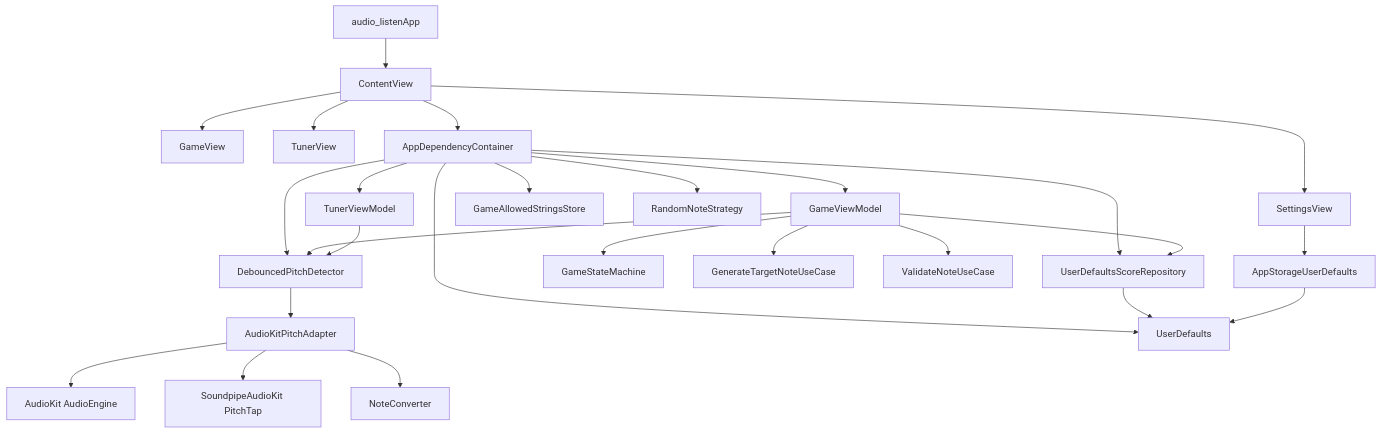
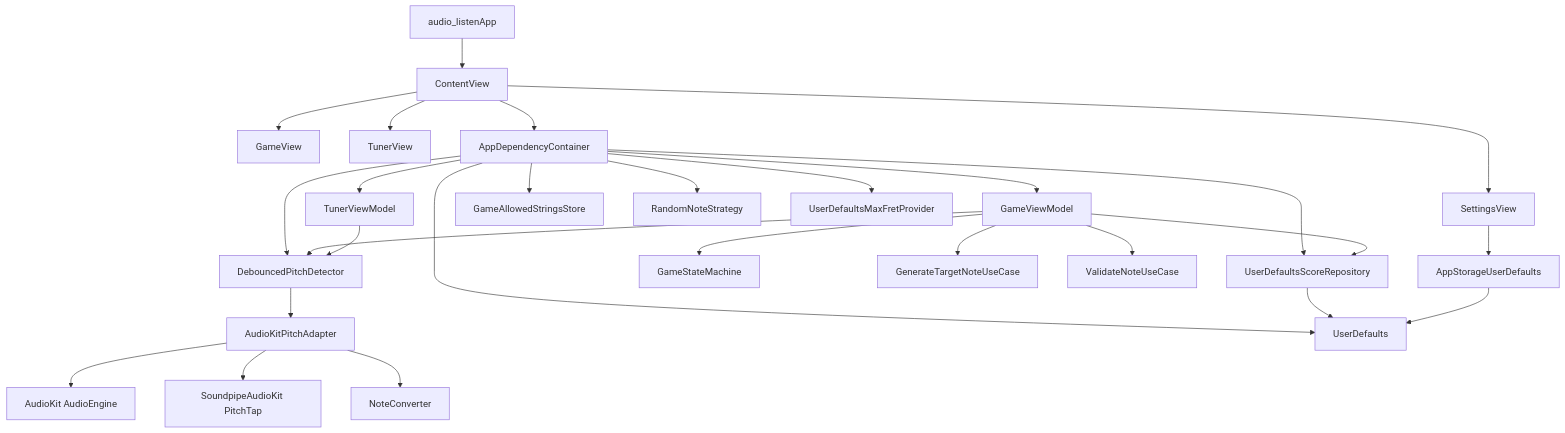
One commit to Yann-b-b/FretBoardCrazies changed the diagram in README.md. Above: the diagram before and after it, drawn with Mermaid. The commit also changed other lines of this file and 10 other files, not shown here.

````diff
--- a/README.md
+++ b/README.md
@@ -58,33 +58,34 @@
 ```mermaid
 flowchart TD
     app[audio_listenApp] --> root[ContentView]
     root --> gameView[GameView]
     root --> tunerView[TunerView]
     root --> settingsView[SettingsView]
     root --> di[AppDependencyContainer]
 
     di --> gameVm[GameViewModel]
     di --> tunerVm[TunerViewModel]
     di --> scoreRepo[UserDefaultsScoreRepository]
     di --> allowedStore[GameAllowedStringsStore]
     di --> noteStrategy[RandomNoteStrategy]
+    di --> maxFretProvider[UserDefaultsMaxFretProvider]
     di --> detector[DebouncedPitchDetector]
 
     gameVm --> gameStateMachine[GameStateMachine]
     gameVm --> generateUseCase[GenerateTargetNoteUseCase]
     gameVm --> validateUseCase[ValidateNoteUseCase]
     gameVm --> scoreRepo
     gameVm --> detector
 
     tunerVm --> detector
 
     detector --> pitchAdapter[AudioKitPitchAdapter]
     pitchAdapter --> audioEngine[AudioKit AudioEngine]
     pitchAdapter --> pitchTap[SoundpipeAudioKit PitchTap]
     pitchAdapter --> noteConverter[NoteConverter]
 
     settingsView --> appStorage[AppStorageUserDefaults]
     di --> userDefaults[UserDefaults]
     scoreRepo --> userDefaults
     appStorage --> userDefaults
 ```
````
